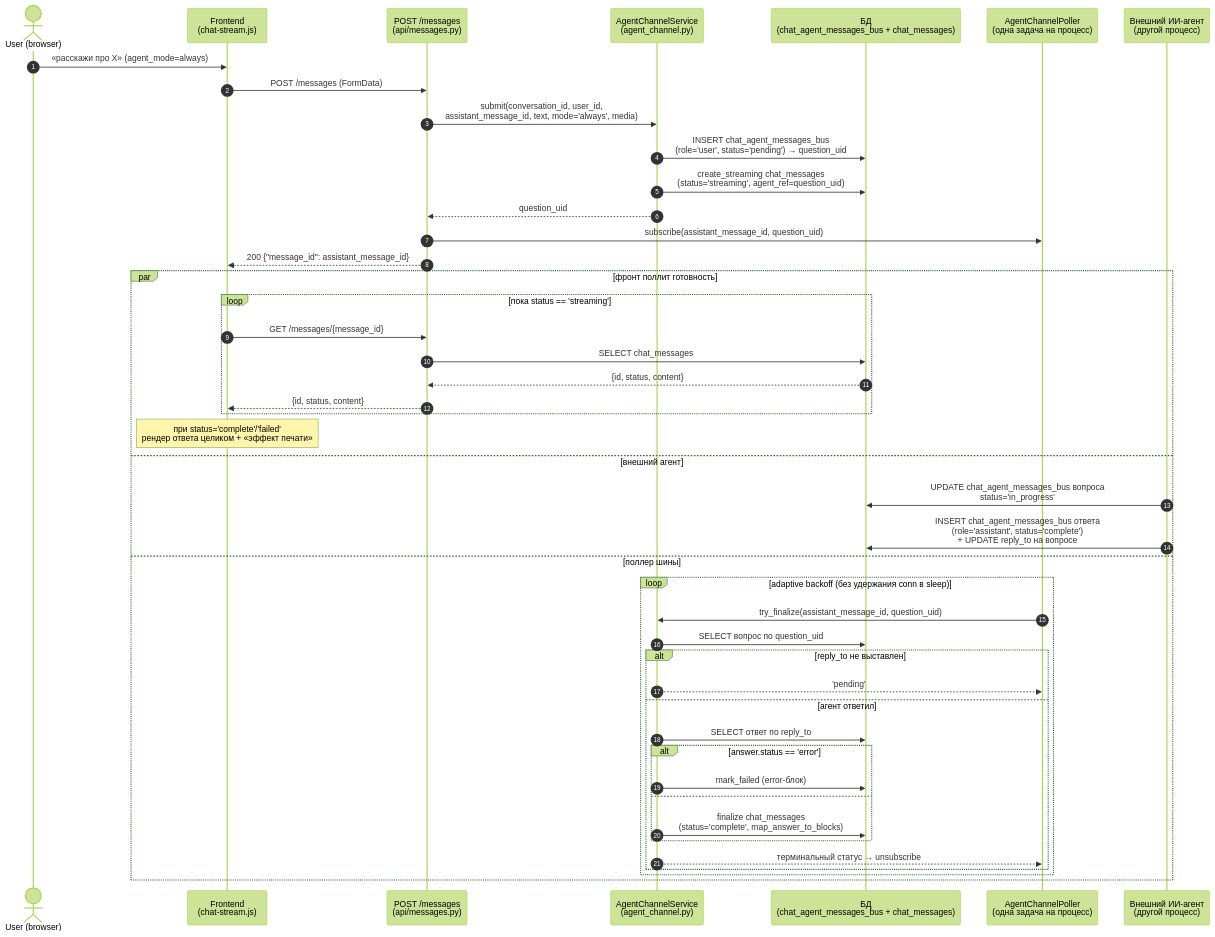
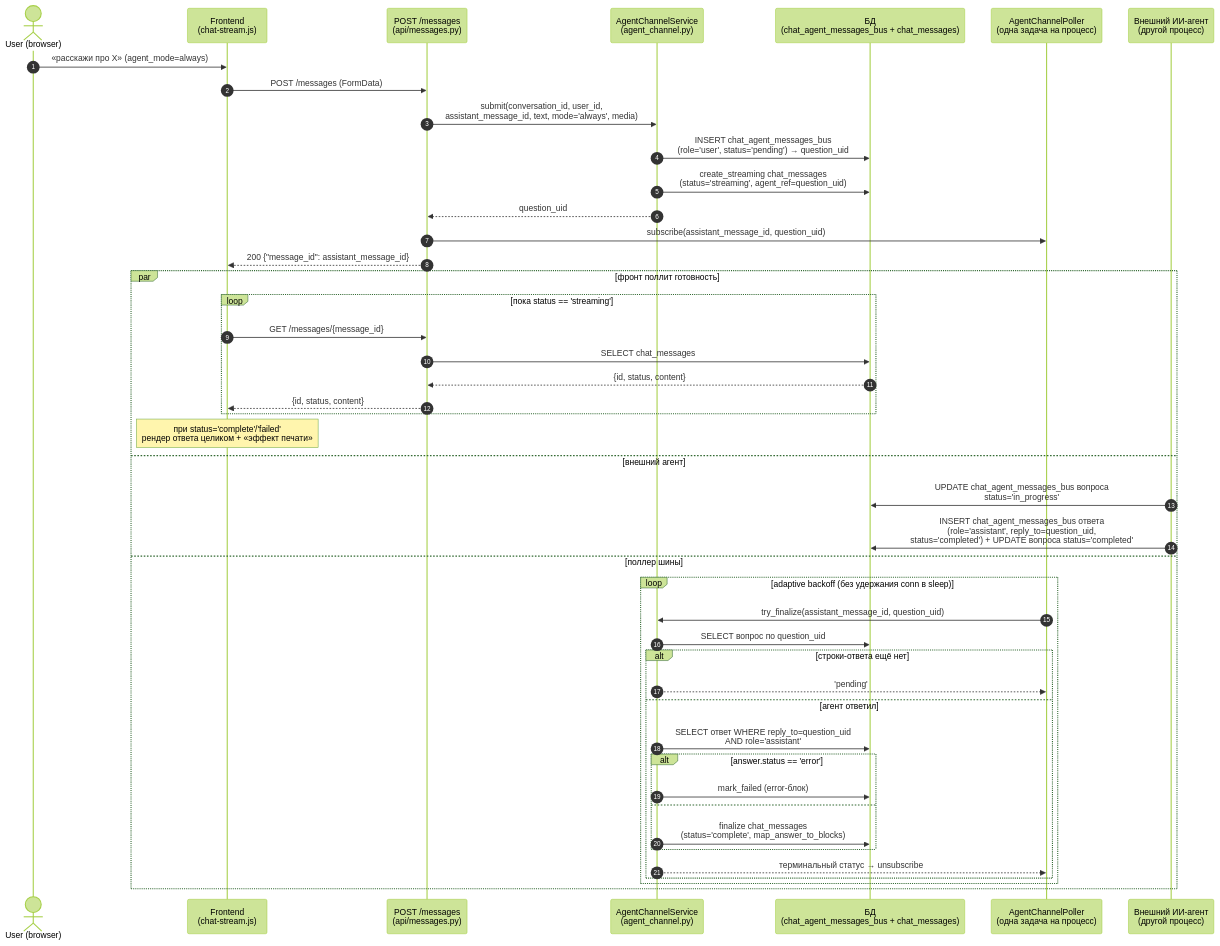
The first of 2 diagrams in docs/architecture/agent-channel-sequence.md (mr-Dees/Act-Constructor), drawn with Mermaid (forest theme) before and after one commit. The commit also changed other lines of this file and 9 other files, not shown here.

Commit message:
Приведение канала агента к фактическому протоколу владельца шины: reply_to на ответе, статус completed, best-effort запись статуса

````diff
--- a/docs/architecture/agent-channel-sequence.md
+++ b/docs/architecture/agent-channel-sequence.md
@@ -45,49 +47,49 @@
 ```mermaid
 sequenceDiagram
     autonumber
     actor U as User (browser)
     participant F as Frontend<br/>(chat-stream.js)
     participant API as POST /messages<br/>(api/messages.py)
     participant CS as AgentChannelService<br/>(agent_channel.py)
     participant DB as БД<br/>(chat_agent_messages_bus + chat_messages)
     participant POLL as AgentChannelPoller<br/>(одна задача на процесс)
     participant EXT as Внешний ИИ-агент<br/>(другой процесс)
 
     U->>F: «расскажи про X» (agent_mode=always)
     F->>API: POST /messages (FormData)
     API->>CS: submit(conversation_id, user_id,<br/>assistant_message_id, text, mode='always', media)
     CS->>DB: INSERT chat_agent_messages_bus<br/>(role='user', status='pending') → question_uid
     CS->>DB: create_streaming chat_messages<br/>(status='streaming', agent_ref=question_uid)
     CS-->>API: question_uid
     API->>POLL: subscribe(assistant_message_id, question_uid)
     API-->>F: 200 {"message_id": assistant_message_id}
 
     par фронт поллит готовность
         loop пока status == 'streaming'
             F->>API: GET /messages/{message_id}
             API->>DB: SELECT chat_messages
             DB-->>API: {id, status, content}
             API-->>F: {id, status, content}
         end
         Note over F: при status='complete'/'failed'<br/>рендер ответа целиком + «эффект печати»
     and внешний агент
         EXT->>DB: UPDATE chat_agent_messages_bus вопроса<br/>status='in_progress'
-        EXT->>DB: INSERT chat_agent_messages_bus ответа<br/>(role='assistant', status='complete')<br/>+ UPDATE reply_to на вопросе
+        EXT->>DB: INSERT chat_agent_messages_bus ответа<br/>(role='assistant', reply_to=question_uid,<br/>status='completed') + UPDATE вопроса status='completed'
     and поллер шины
         loop adaptive backoff (без удержания conn в sleep)
             POLL->>CS: try_finalize(assistant_message_id, question_uid)
             CS->>DB: SELECT вопрос по question_uid
-            alt reply_to не выставлен
+            alt строки-ответа ещё нет
                 CS-->>POLL: 'pending'
             else агент ответил
-                CS->>DB: SELECT ответ по reply_to
+                CS->>DB: SELECT ответ WHERE reply_to=question_uid<br/>AND role='assistant'
                 alt answer.status == 'error'
                     CS->>DB: mark_failed (error-блок)
                 else
                     CS->>DB: finalize chat_messages<br/>(status='complete', map_answer_to_blocks)
                 end
                 CS-->>POLL: терминальный статус → unsubscribe
             end
         end
     end
 ```
````
